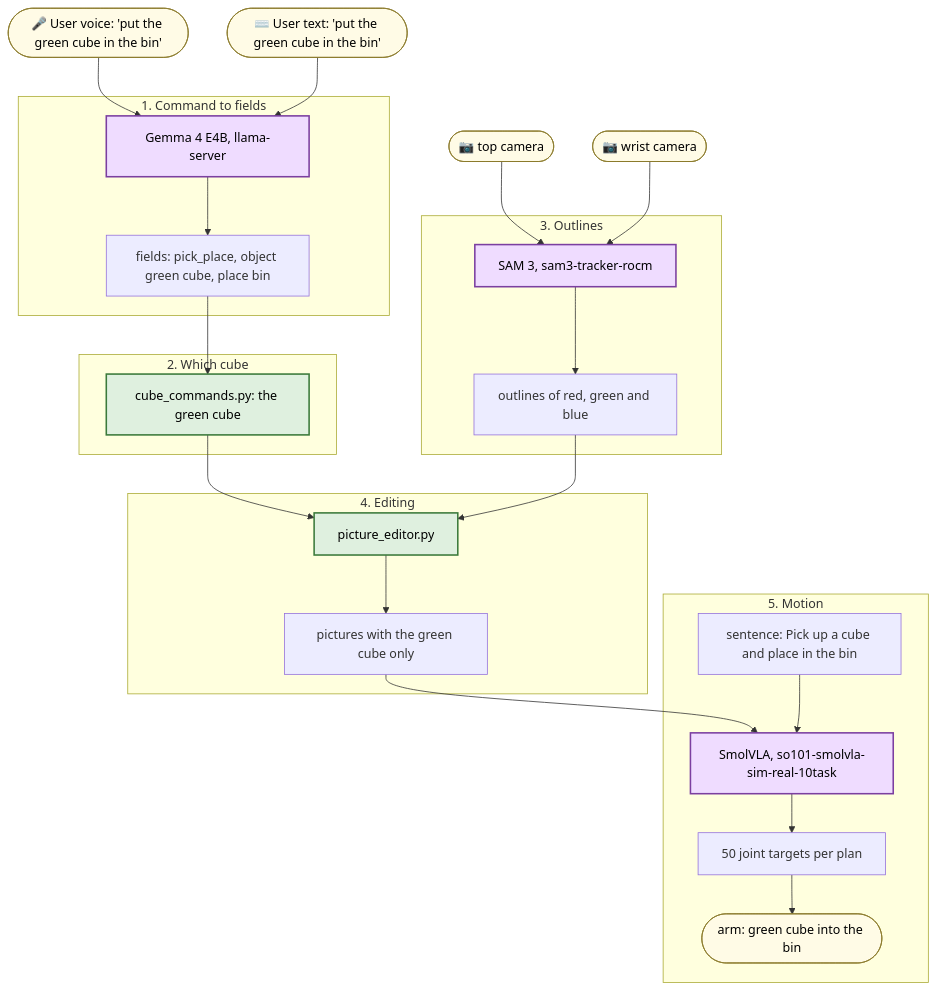
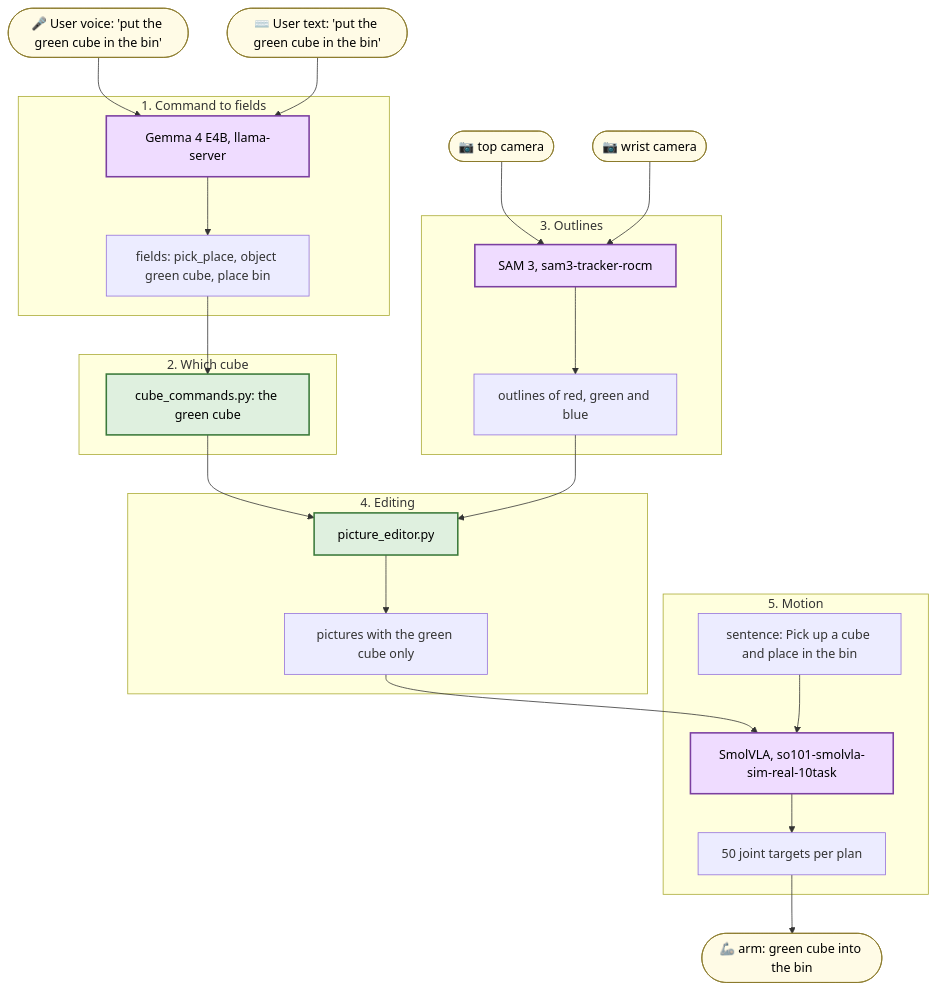
The diagram in workshops/so101-smolvla/README.md (ThomasGmeinder/embedded-x86-ai), drawn with Mermaid before and after one commit.

Commit message:
docs(so101): the arm sits outside the Motion box of the use-case diagram, as the output

````diff
--- a/workshops/so101-smolvla/README.md
+++ b/workshops/so101-smolvla/README.md
@@ -38,33 +38,34 @@
 ```mermaid
 flowchart TD
   UV(["🎤 User voice: 'put the green cube in the bin'"]):::input
   UT(["⌨️ User text: 'put the green cube in the bin'"]):::input
   subgraph S1 ["1. Command to fields"]
     G["Gemma 4 E4B, llama-server"]:::model --> F["fields: pick_place, object green cube, place bin"]
   end
   UV --> G
   UT --> G
   subgraph S2 ["2. Which cube"]
     F --> C["cube_commands.py: the green cube"]:::program
   end
   T(["📷 top camera"]):::input
   W(["📷 wrist camera"]):::input
   subgraph S3 ["3. Outlines"]
     M["SAM 3, sam3-tracker-rocm"]:::model --> O["outlines of red, green and blue"]
   end
   T --> M
   W --> M
   subgraph S4 ["4. Editing"]
     C --> E["picture_editor.py"]:::program
     O --> E
     E --> P["pictures with the green cube only"]
   end
   subgraph S5 ["5. Motion"]
     P --> VLA["SmolVLA, so101-smolvla-sim-real-10task"]:::model
     X["sentence: Pick up a cube and place in the bin"] --> VLA
-    VLA --> J["50 joint targets per plan"] --> A(["arm: green cube into the bin"]):::input
+    VLA --> J["50 joint targets per plan"]
   end
+  J --> A(["🦾 arm: green cube into the bin"]):::input
   classDef model fill:#efdcff,stroke:#7b3fa0,stroke-width:2px,color:#000
   classDef program fill:#dff0df,stroke:#3b7a3b,stroke-width:2px,color:#000
   classDef input fill:#fffbe6,stroke:#8a7a2a,color:#000
 ```
````
